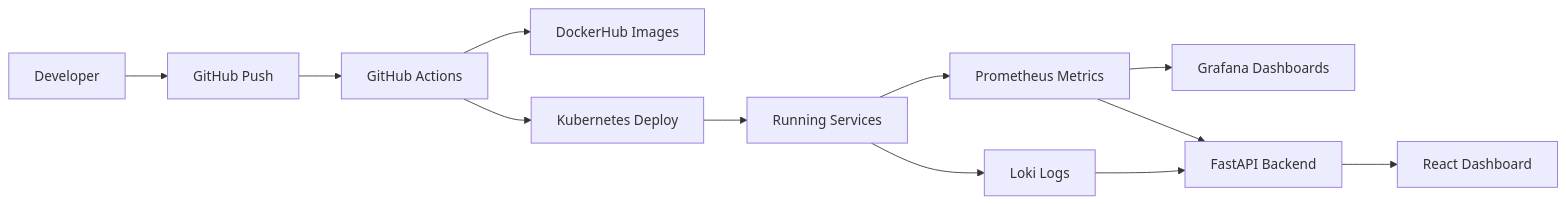
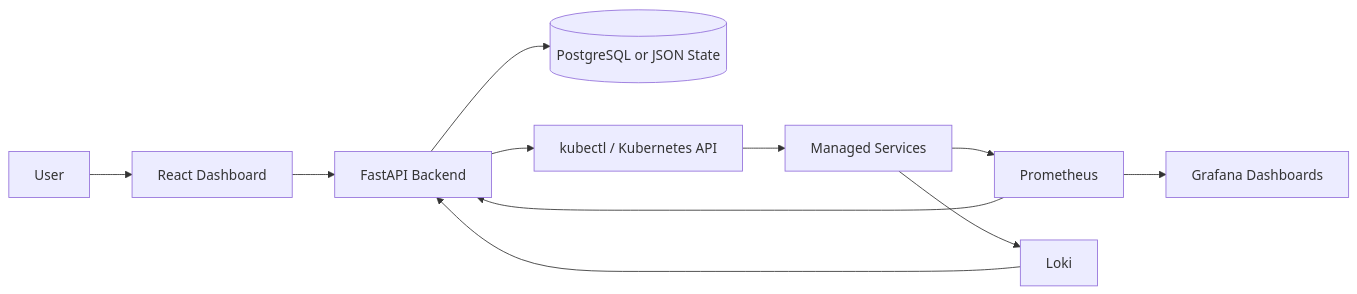
One commit to ParthrChandurkar/InfraWatch-Zero-Touch-Deployments-with-Full-Infrastructure-Visibility changed the diagram in README.md. Above: the diagram before and after it, drawn with Mermaid. The commit also changed other lines of this file and 8 other files, not shown here.

````diff
--- a/README.md
+++ b/README.md
@@ -67,14 +66,13 @@
 ```mermaid
 flowchart LR
-    Dev[Developer] --> GitHub[GitHub Push]
-    GitHub --> Actions[GitHub Actions]
-    Actions --> DockerHub[DockerHub Images]
-    Actions --> K8S[Kubernetes Deploy]
-    K8S --> Apps[Running Services]
-    Apps --> Prometheus[Prometheus Metrics]
-    Apps --> Loki[Loki Logs]
-    Prometheus --> Grafana[Grafana Dashboards]
-    Loki --> API[FastAPI Backend]
-    Prometheus --> API
-    API --> UI[React Dashboard]
+    User[User] --> UI[React Dashboard]
+    UI --> API[FastAPI Backend]
+    API --> Store[(PostgreSQL or JSON State)]
+    API --> Kube[kubectl / Kubernetes API]
+    Kube --> Workloads[Managed Services]
+    Workloads --> Prom[Prometheus]
+    Workloads --> Loki[Loki]
+    Prom --> API
+    Loki --> API
+    Prom --> Grafana[Grafana Dashboards]
 ```
````
